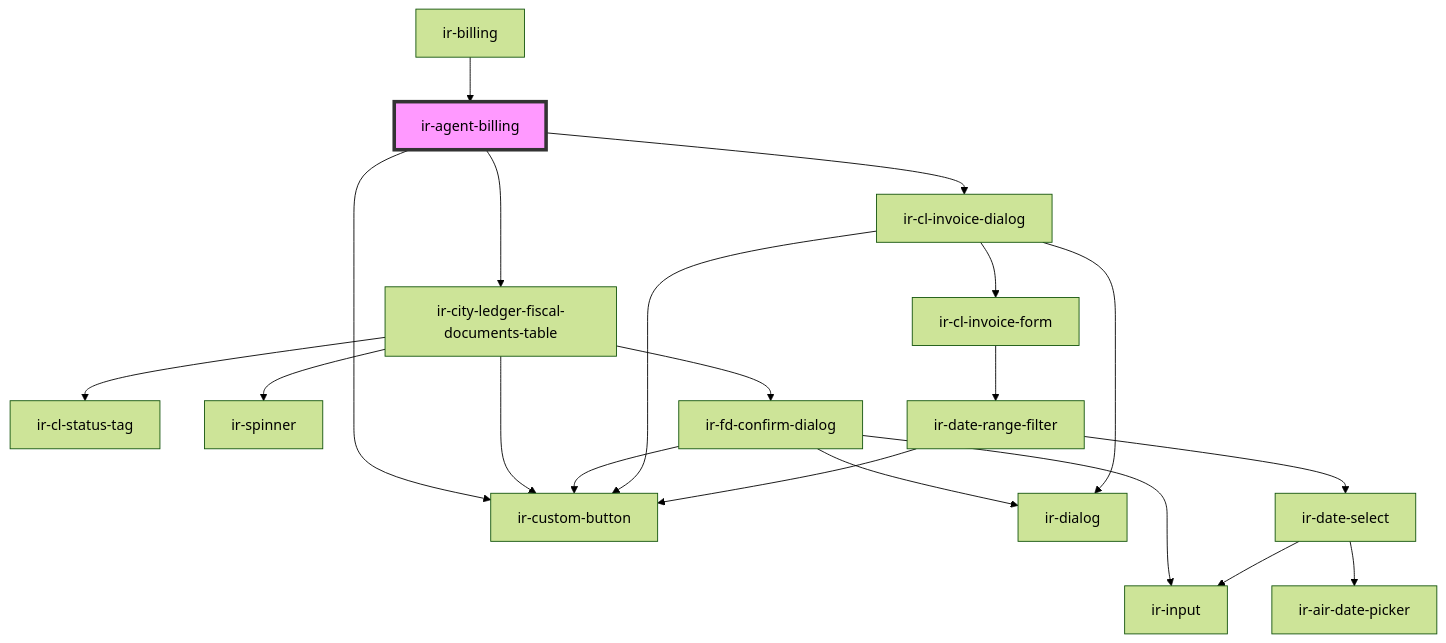
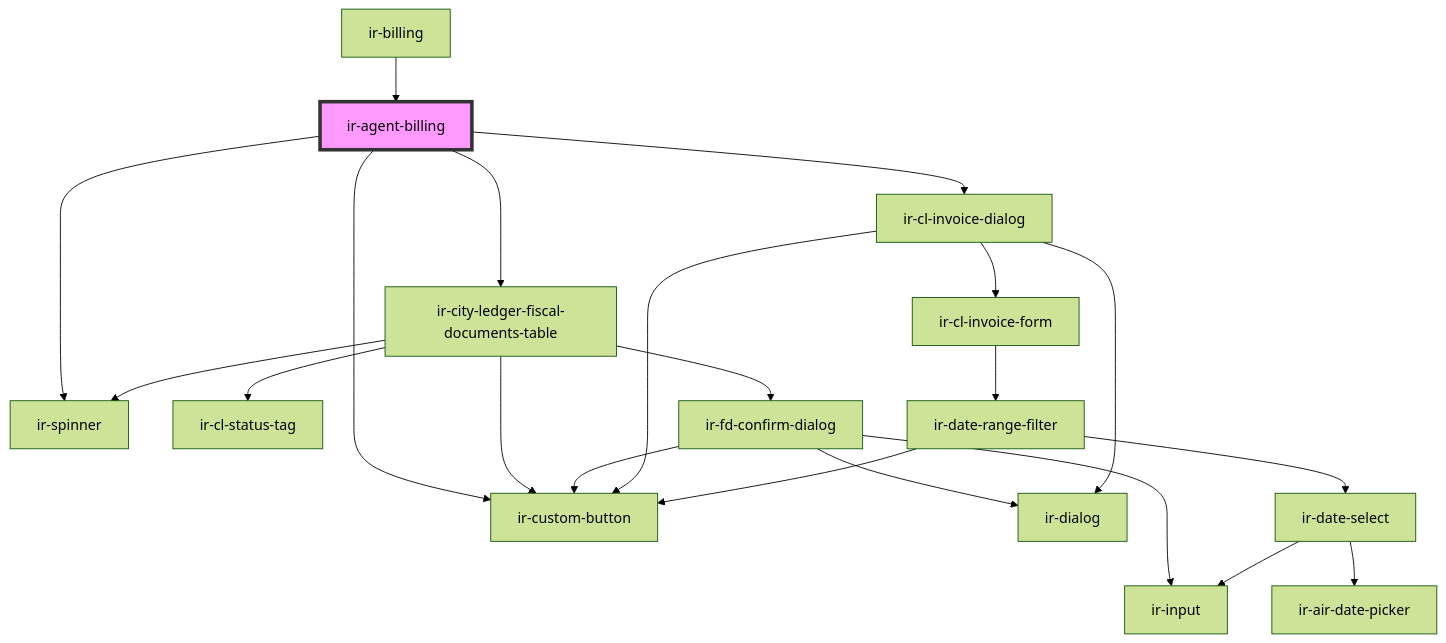
One commit to RonyRizk/ir-webcmp changed the diagram in src/components/ir-billing/ir-agent-billing/readme.md. Above: the diagram before and after it, drawn with Mermaid (forest theme). The commit also changed other lines of this file and 73 other files, not shown here.

````diff
--- a/src/components/ir-billing/ir-agent-billing/readme.md
+++ b/src/components/ir-billing/ir-agent-billing/readme.md
@@ -28,23 +29,24 @@
 ```mermaid
 graph TD;
+  ir-agent-billing --> ir-spinner
   ir-agent-billing --> ir-custom-button
   ir-agent-billing --> ir-city-ledger-fiscal-documents-table
   ir-agent-billing --> ir-cl-invoice-dialog
   ir-city-ledger-fiscal-documents-table --> ir-cl-status-tag
   ir-city-ledger-fiscal-documents-table --> ir-custom-button
   ir-city-ledger-fiscal-documents-table --> ir-spinner
   ir-city-ledger-fiscal-documents-table --> ir-fd-confirm-dialog
   ir-fd-confirm-dialog --> ir-dialog
   ir-fd-confirm-dialog --> ir-input
   ir-fd-confirm-dialog --> ir-custom-button
   ir-cl-invoice-dialog --> ir-dialog
   ir-cl-invoice-dialog --> ir-cl-invoice-form
   ir-cl-invoice-dialog --> ir-custom-button
   ir-cl-invoice-form --> ir-date-range-filter
   ir-date-range-filter --> ir-date-select
   ir-date-range-filter --> ir-custom-button
   ir-date-select --> ir-input
   ir-date-select --> ir-air-date-picker
   ir-billing --> ir-agent-billing
   style ir-agent-billing fill:#f9f,stroke:#333,stroke-width:4px
 ```
````
